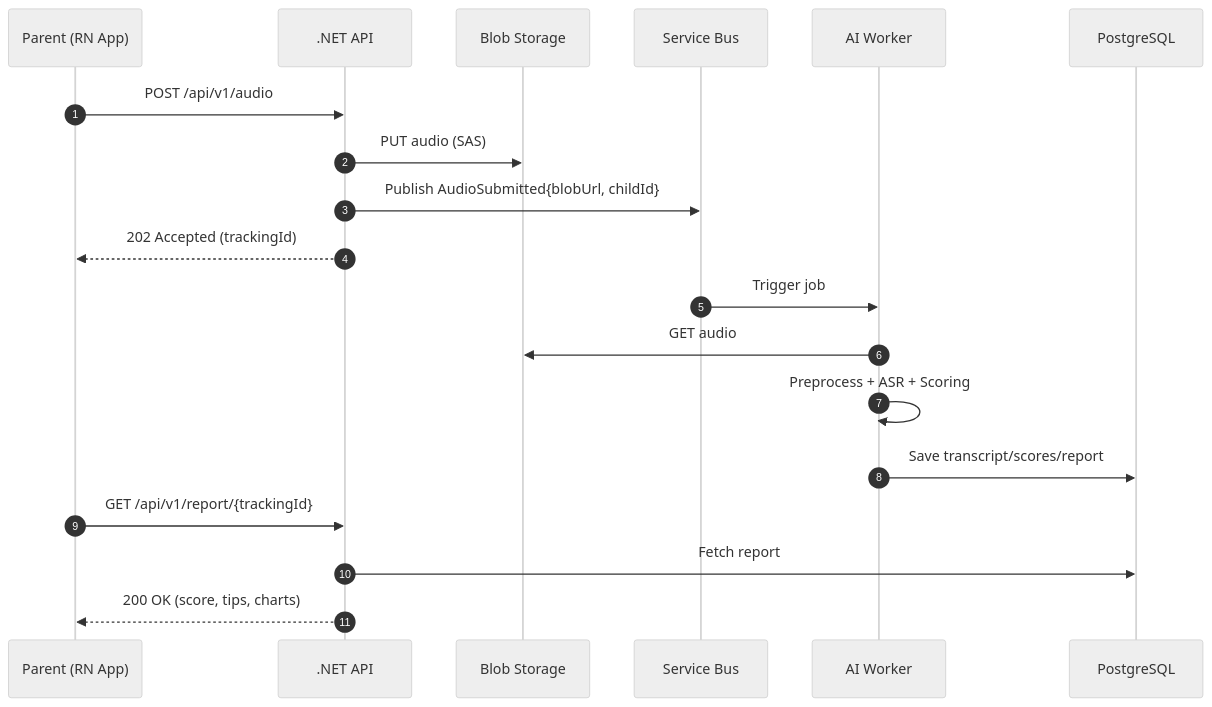
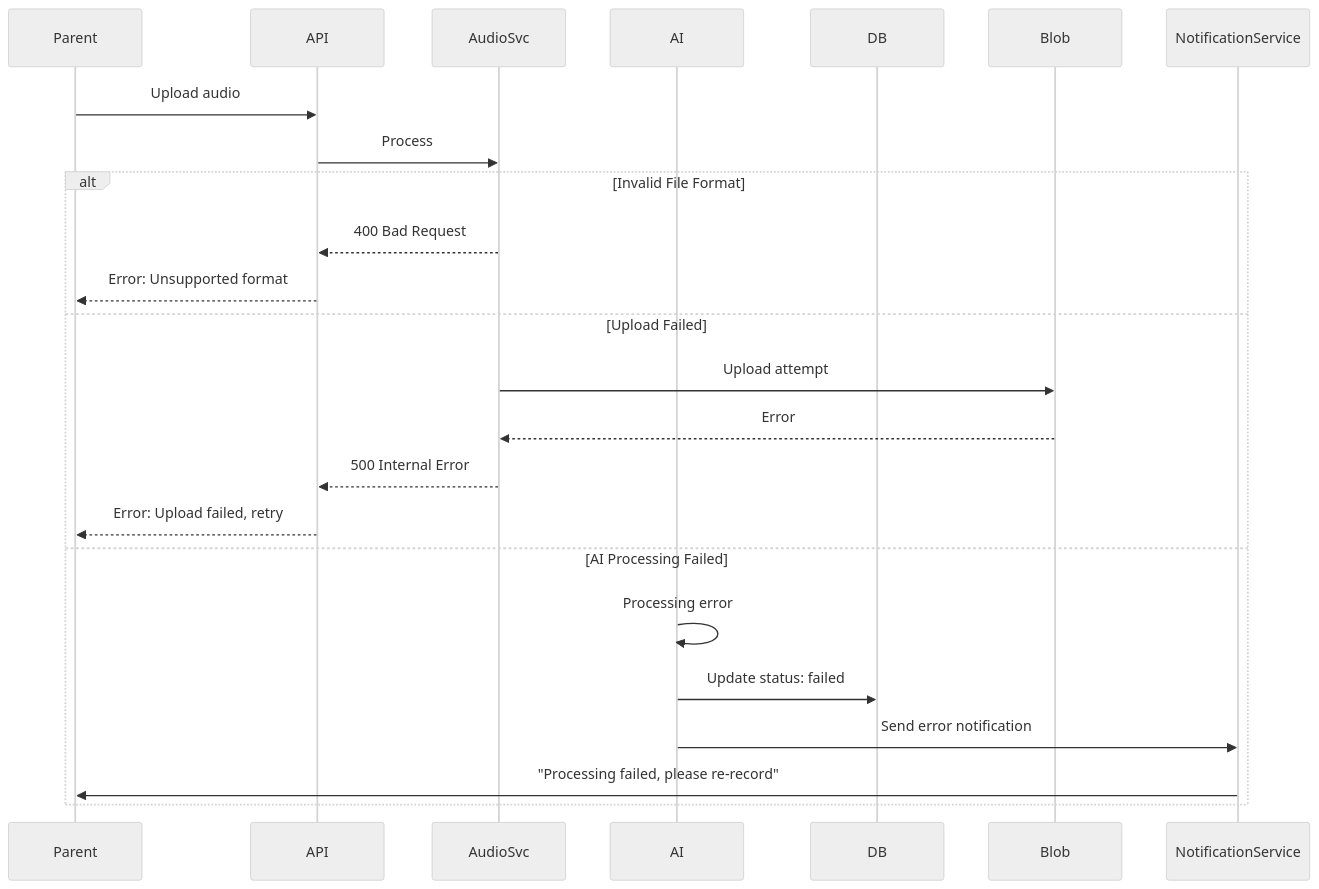
Before and after one commit to yasserebrahimi/HearLoveen: the second of 3 diagrams in docs/diagrams/04-sequence-audio-to-feedback.md, drawn with Mermaid (neutral theme). The commit also changed other lines of this file and 7 other files, not shown here.

````diff
--- a/docs/diagrams/04-sequence-audio-to-feedback.md
+++ b/docs/diagrams/04-sequence-audio-to-feedback.md
@@ -3,24 +148,26 @@
 ```mermaid
 sequenceDiagram
-  autonumber
-  participant Parent as Parent (RN App)
-  participant API as .NET API
-  participant Blob as Blob Storage
-  participant Bus as Service Bus
-  participant AI as AI Worker
-  participant DB as PostgreSQL
+    participant Parent
+    participant API
+    participant AudioSvc
+    participant AI
+    participant DB
 
-  Parent->>API: POST /api/v1/audio
-  API->>Blob: PUT audio (SAS)
-  API->>Bus: Publish AudioSubmitted{blobUrl, childId}
-  API-->>Parent: 202 Accepted (trackingId)
+    Parent->>API: Upload audio
+    API->>AudioSvc: Process
 
-  Bus->>AI: Trigger job
-  AI->>Blob: GET audio
-  AI->>AI: Preprocess + ASR + Scoring
-  AI->>DB: Save transcript/scores/report
-
-  Parent->>API: GET /api/v1/report/{trackingId}
-  API->>DB: Fetch report
-  API-->>Parent: 200 OK (score, tips, charts)
+    alt Invalid File Format
+        AudioSvc-->>API: 400 Bad Request
+        API-->>Parent: Error: Unsupported format
+    else Upload Failed
+        AudioSvc->>Blob: Upload attempt
+        Blob-->>AudioSvc: Error
+        AudioSvc-->>API: 500 Internal Error
+        API-->>Parent: Error: Upload failed, retry
+    else AI Processing Failed
+        AI->>AI: Processing error
+        AI->>DB: Update status: failed
+        AI->>NotificationService: Send error notification
+        NotificationService->>Parent: "Processing failed, please re-record"
+    end
 ```
````
